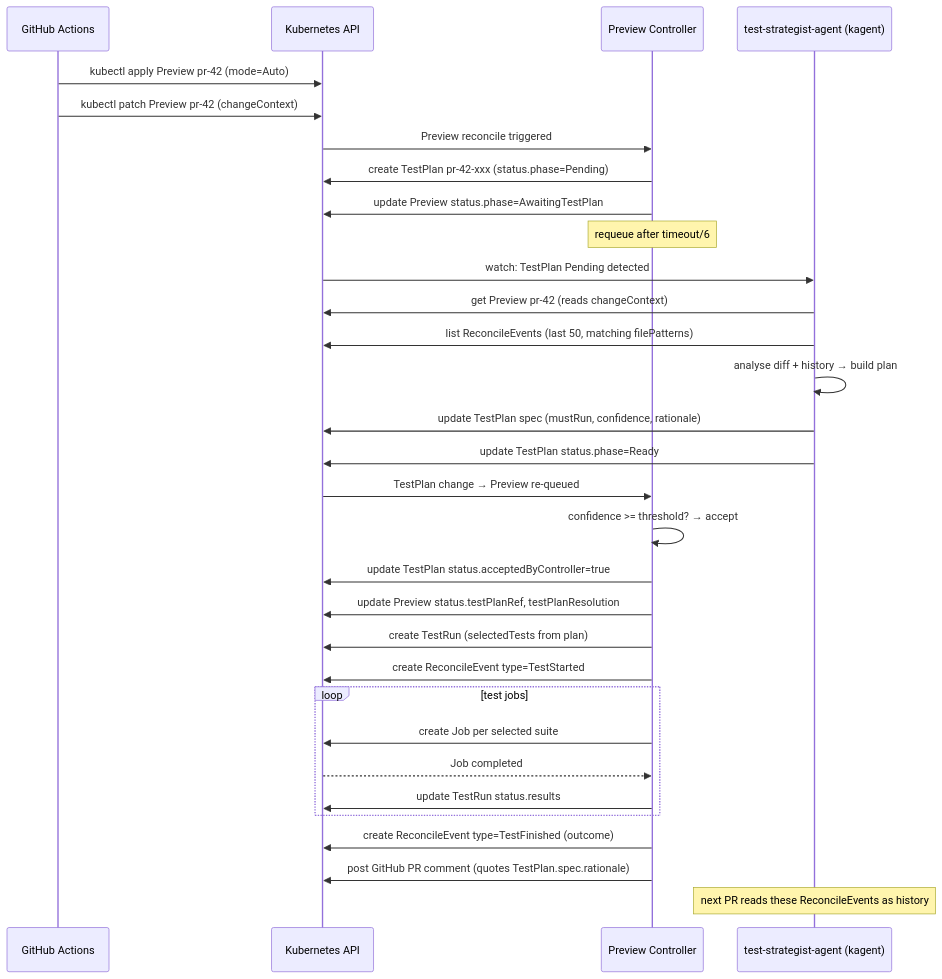
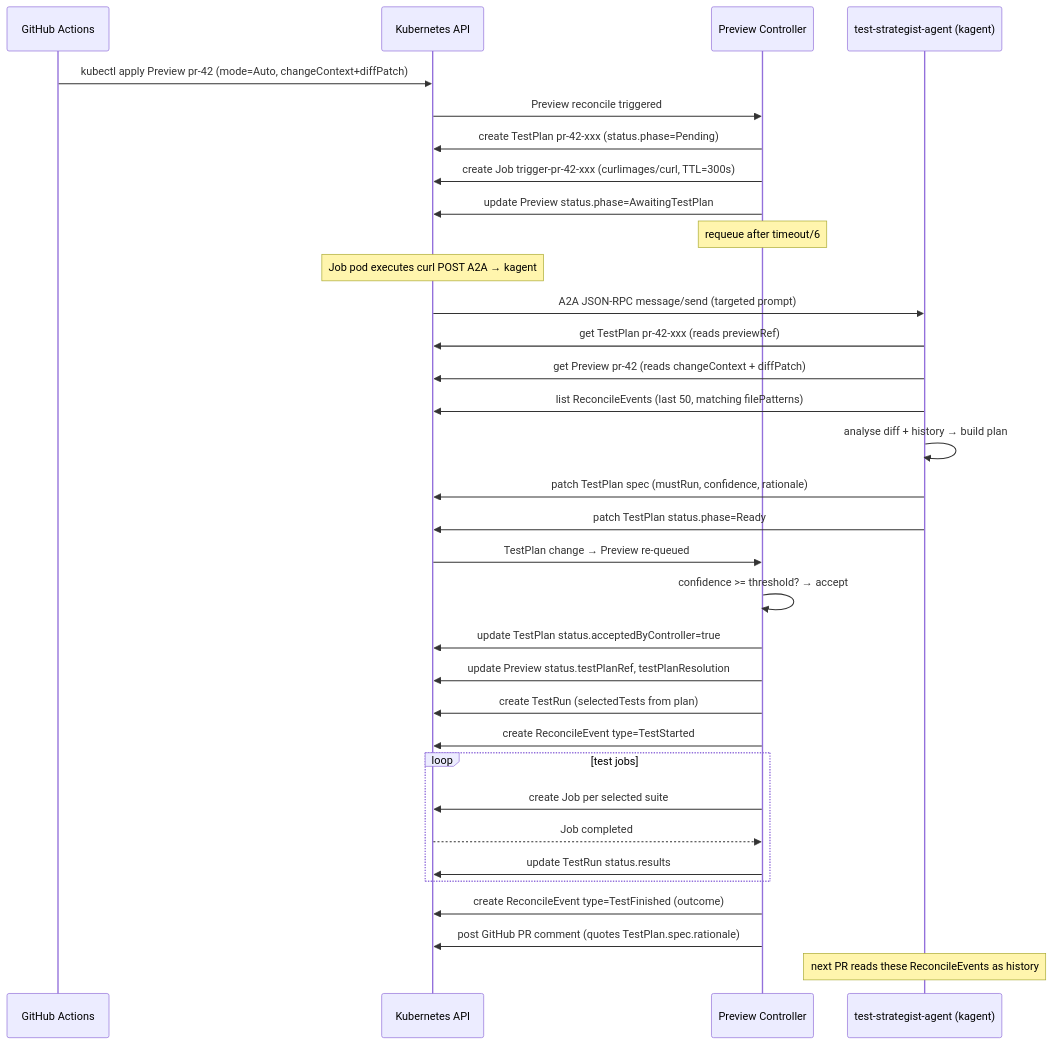
Before and after one commit to ihsenalaya/preview-operator: the diagram in docs/test-strategy.md, drawn with Mermaid. The commit also changed other lines of this file and 5 other files, not shown here.

Commit message:
fix: controller creates ephemeral trigger Job for kagent; fix conflict requeue; update docs to v1.0.36

````diff
--- a/docs/test-strategy.md
+++ b/docs/test-strategy.md
@@ -56,40 +59,42 @@
 ```mermaid
 sequenceDiagram
     participant CI as GitHub Actions
     participant K8s as Kubernetes API
     participant Ctrl as Preview Controller
     participant Agent as test-strategist-agent (kagent)
 
-    CI->>K8s: kubectl apply Preview pr-42 (mode=Auto)
-    CI->>K8s: kubectl patch Preview pr-42 (changeContext)
+    CI->>K8s: kubectl apply Preview pr-42 (mode=Auto, changeContext+diffPatch)
     K8s->>Ctrl: Preview reconcile triggered
 
     Ctrl->>K8s: create TestPlan pr-42-xxx (status.phase=Pending)
+    Ctrl->>K8s: create Job trigger-pr-42-xxx (curlimages/curl, TTL=300s)
     Ctrl->>K8s: update Preview status.phase=AwaitingTestPlan
     Note over Ctrl: requeue after timeout/6
 
-    K8s->>Agent: watch: TestPlan Pending detected
-    Agent->>K8s: get Preview pr-42 (reads changeContext)
+    Note over K8s: Job pod executes curl POST A2A → kagent
+    K8s->>Agent: A2A JSON-RPC message/send (targeted prompt)
+    Agent->>K8s: get TestPlan pr-42-xxx (reads previewRef)
+    Agent->>K8s: get Preview pr-42 (reads changeContext + diffPatch)
     Agent->>K8s: list ReconcileEvents (last 50, matching filePatterns)
     Agent->>Agent: analyse diff + history → build plan
-    Agent->>K8s: update TestPlan spec (mustRun, confidence, rationale)
-    Agent->>K8s: update TestPlan status.phase=Ready
+    Agent->>K8s: patch TestPlan spec (mustRun, confidence, rationale)
+    Agent->>K8s: patch TestPlan status.phase=Ready
 
     K8s->>Ctrl: TestPlan change → Preview re-queued
     Ctrl->>Ctrl: confidence >= threshold? → accept
     Ctrl->>K8s: update TestPlan status.acceptedByController=true
     Ctrl->>K8s: update Preview status.testPlanRef, testPlanResolution
     Ctrl->>K8s: create TestRun (selectedTests from plan)
     Ctrl->>K8s: create ReconcileEvent type=TestStarted
 
     loop test jobs
         Ctrl->>K8s: create Job per selected suite
         K8s-->>Ctrl: Job completed
         Ctrl->>K8s: update TestRun status.results
     end
 
     Ctrl->>K8s: create ReconcileEvent type=TestFinished (outcome)
     Ctrl->>K8s: post GitHub PR comment (quotes TestPlan.spec.rationale)
 
     Note over Agent: next PR reads these ReconcileEvents as history
 ```
````
